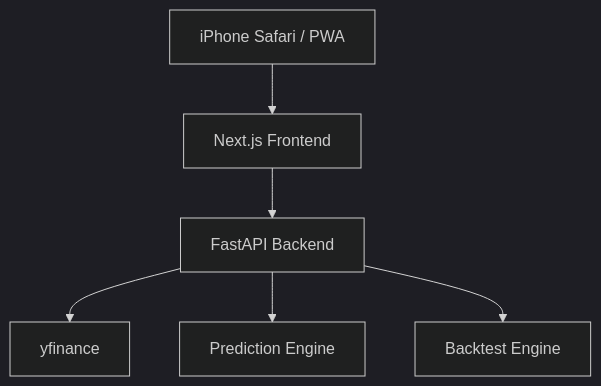
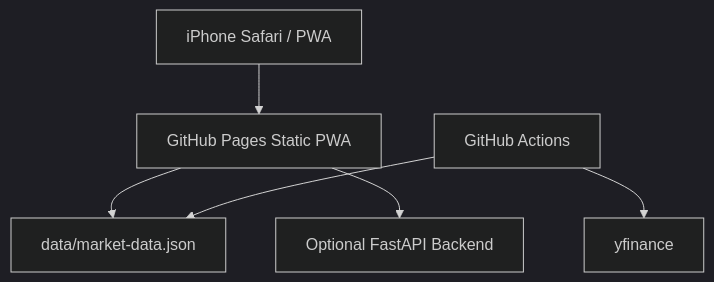
The diagram in docs/SYSTEM_DESIGN.md (gemini88618/kabu_gpt), drawn with Mermaid (dark theme) before and after one commit. The commit also changed other lines of this file and 2 other files, not shown here.

Commit message:
Refine prediction algorithm factors

````diff
--- a/docs/SYSTEM_DESIGN.md
+++ b/docs/SYSTEM_DESIGN.md
@@ -5,8 +5,8 @@
 ```mermaid
 flowchart TB
-  iPhone["iPhone Safari / PWA"] --> Frontend["Next.js Frontend"]
-  Frontend --> API["FastAPI Backend"]
-  API --> YF["yfinance"]
-  API --> Prediction["Prediction Engine"]
-  API --> Backtest["Backtest Engine"]
+  iPhone["iPhone Safari / PWA"] --> Pages["GitHub Pages Static PWA"]
+  Pages --> Data["data/market-data.json"]
+  Action["GitHub Actions"] --> Data
+  Action --> YF["yfinance"]
+  Pages --> OptionalAPI["Optional FastAPI Backend"]
 ```
````
